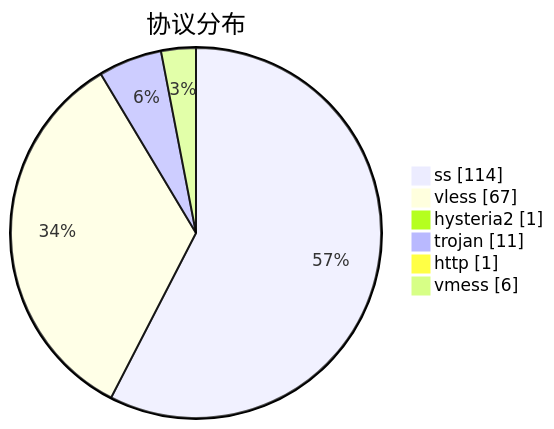
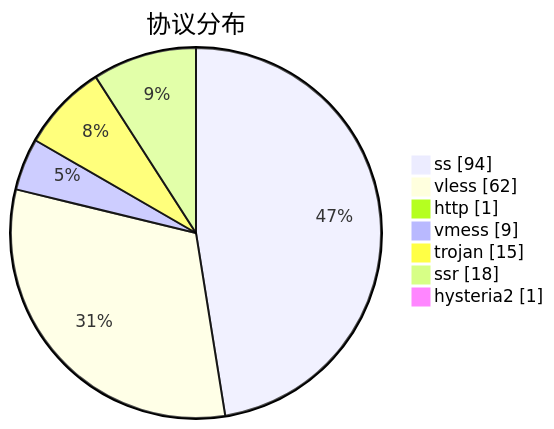
One commit to qjlxg/airport changed the third of 3 diagrams in subs/statistics/tested_within.md. Above: the diagram before and after it, drawn with Mermaid. The commit also changed other lines of this file and 2 other files, not shown here.

````diff
--- a/subs/statistics/tested_within.md
+++ b/subs/statistics/tested_within.md
@@ -28,10 +27,11 @@
 ```mermaid
 pie showData
 title 协议分布
-"ss" : 114
-"vless" : 67
+"ss" : 94
+"vless" : 62
+"http" : 1
+"vmess" : 9
+"trojan" : 15
+"ssr" : 18
 "hysteria2" : 1
-"trojan" : 11
-"http" : 1
-"vmess" : 6
 ```
````
